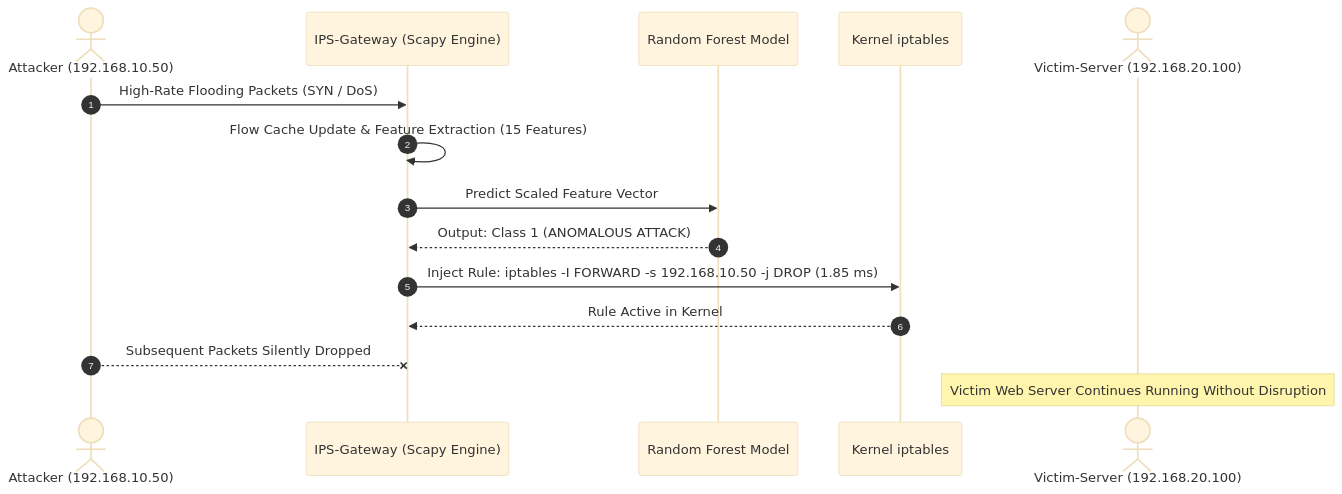
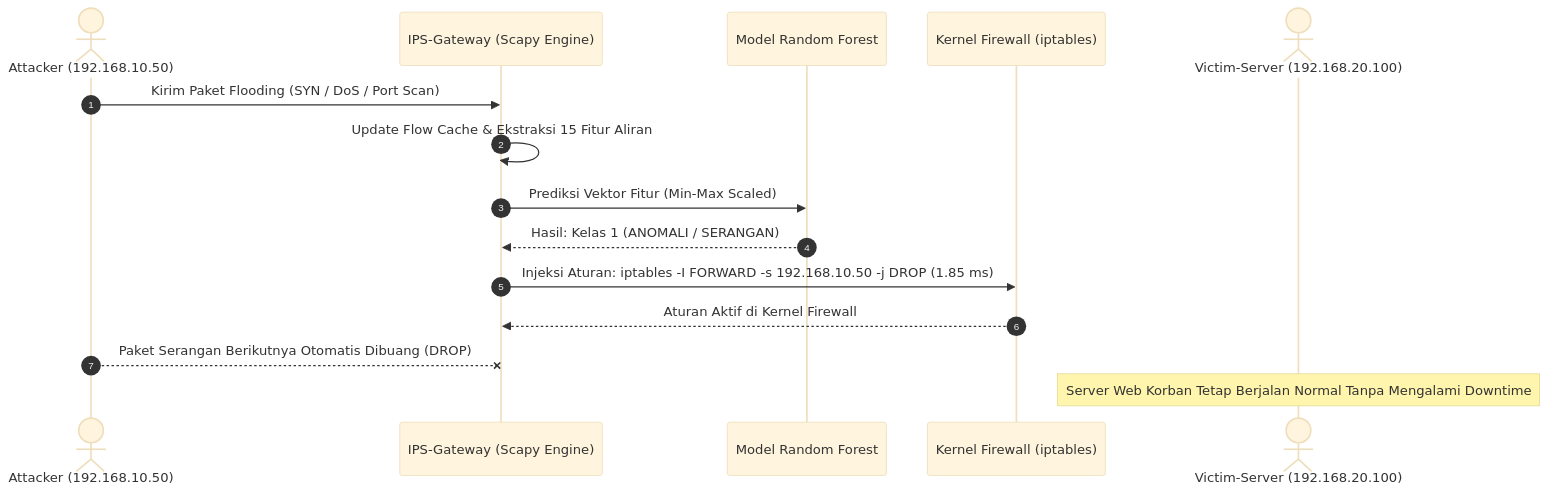
The diagram in README.md (BOCIL21/IPS_Machine_Learning_Project), drawn with Mermaid (base theme) before and after one commit. The commit also changed other lines of this file and 1 other file, not shown here.

Commit message:
docs: terjemahkan dokumentasi README dan MODEL_CARD ke Bahasa Indonesia

````diff
--- a/README.md
+++ b/README.md
@@ -38,18 +38,18 @@
 ```mermaid
 sequenceDiagram
     autonumber
-    actor Attacker as Attacker (192.168.10.50)
+    actor Penyerang as Attacker (192.168.10.50)
     participant Gateway as IPS-Gateway (Scapy Engine)
-    participant RF as Random Forest Model
-    participant Iptables as Kernel iptables
-    actor Victim as Victim-Server (192.168.20.100)
+    participant RF as Model Random Forest
+    participant Iptables as Kernel Firewall (iptables)
+    actor Korban as Victim-Server (192.168.20.100)
 
-    Attacker->>Gateway: High-Rate Flooding Packets (SYN / DoS)
-    Gateway->>Gateway: Flow Cache Update & Feature Extraction (15 Features)
-    Gateway->>RF: Predict Scaled Feature Vector
-    RF-->>Gateway: Output: Class 1 (ANOMALOUS ATTACK)
-    Gateway->>Iptables: Inject Rule: iptables -I FORWARD -s 192.168.10.50 -j DROP (1.85 ms)
-    Iptables-->>Gateway: Rule Active in Kernel
-    Attacker--xGateway: Subsequent Packets Silently Dropped
-    Note over Victim: Victim Web Server Continues Running Without Disruption
+    Penyerang->>Gateway: Kirim Paket Flooding (SYN / DoS / Port Scan)
+    Gateway->>Gateway: Update Flow Cache & Ekstraksi 15 Fitur Aliran
+    Gateway->>RF: Prediksi Vektor Fitur (Min-Max Scaled)
+    RF-->>Gateway: Hasil: Kelas 1 (ANOMALI / SERANGAN)
+    Gateway->>Iptables: Injeksi Aturan: iptables -I FORWARD -s 192.168.10.50 -j DROP (1.85 ms)
+    Iptables-->>Gateway: Aturan Aktif di Kernel Firewall
+    Penyerang--xGateway: Paket Serangan Berikutnya Otomatis Dibuang (DROP)
+    Note over Korban: Server Web Korban Tetap Berjalan Normal Tanpa Mengalami Downtime
 ```
````
